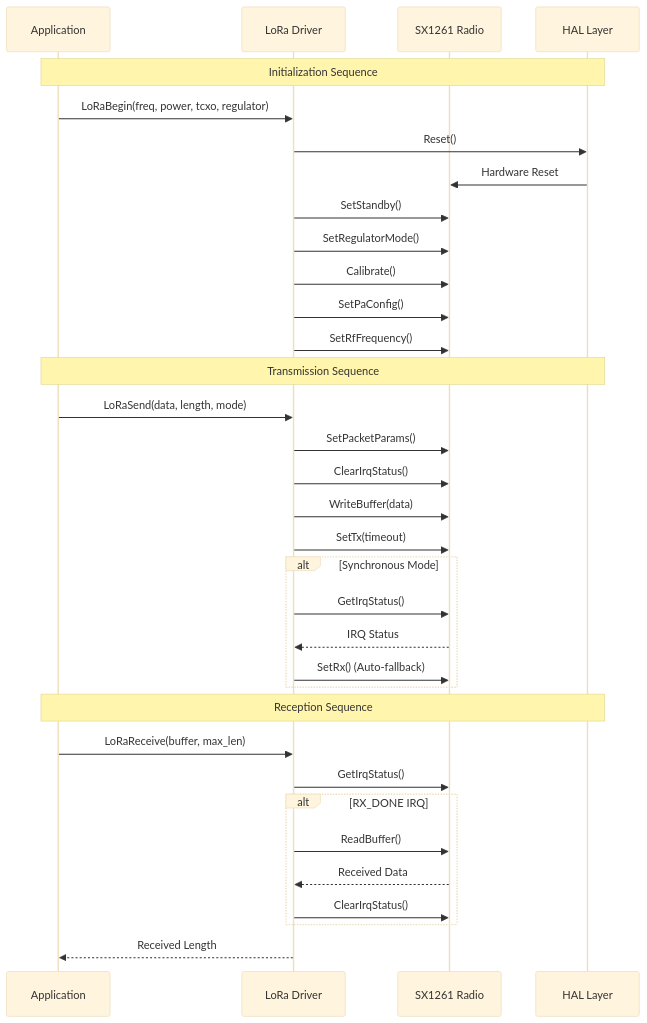
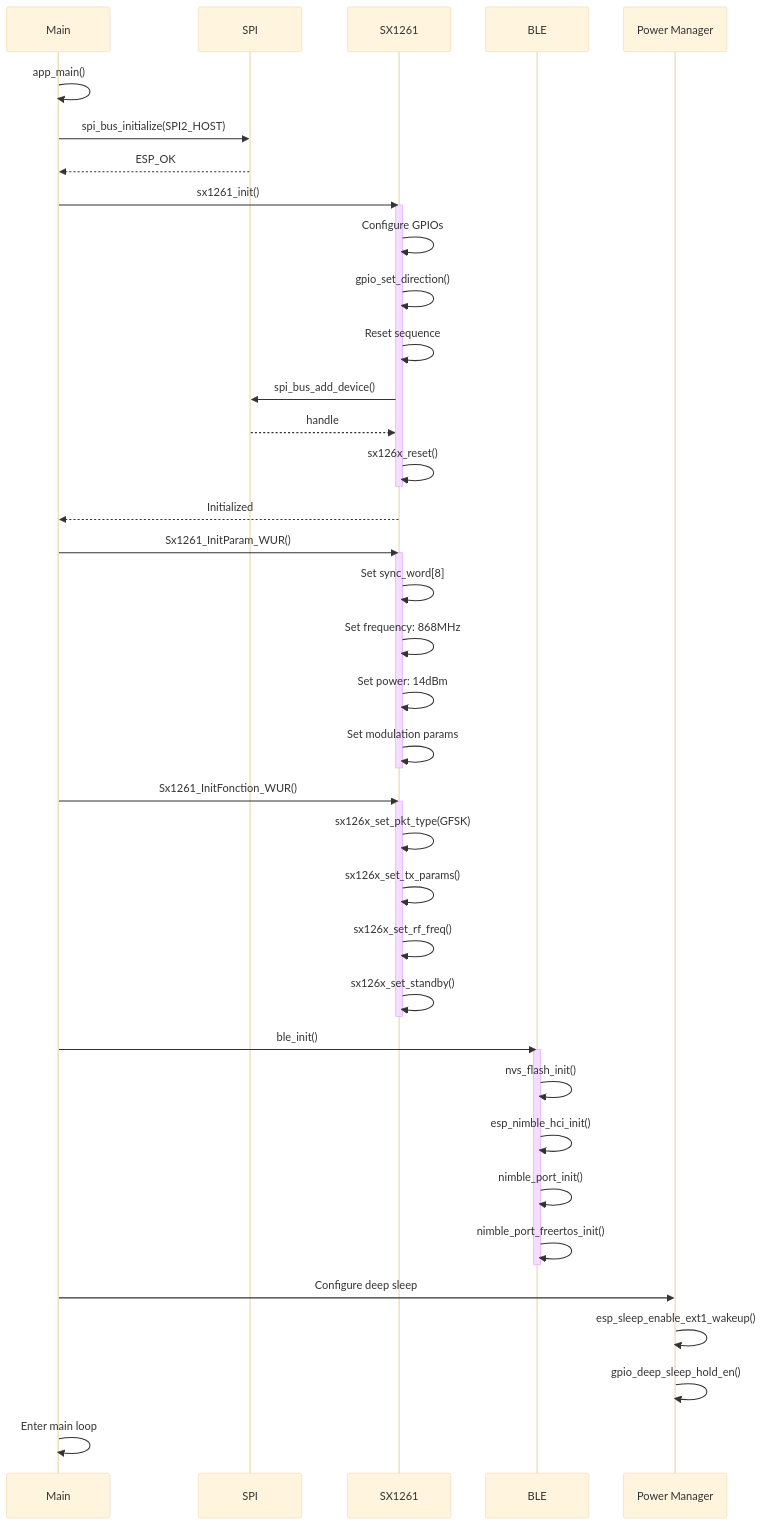
One commit to kalboussik/project changed the fourth of 12 diagrams in README.md. Above: the diagram before and after it, drawn with Mermaid (base theme). The commit also changed other lines of this file and 9 other files, not shown here.

````diff
--- a/README.md
+++ b/README.md
@@ -390,40 +197,53 @@
 ```mermaid
 sequenceDiagram
-    participant App as Application
-    participant Driver as LoRa Driver
-    participant Radio as SX1261 Radio
-    participant HAL as HAL Layer
+    participant Main
+    participant SPI
+    participant SX1261
+    participant BLE
+    participant PM as Power Manager
     
-    Note over App,HAL: Initialization Sequence
-    App->>Driver: LoRaBegin(freq, power, tcxo, regulator)
-    Driver->>HAL: Reset()
-    HAL->>Radio: Hardware Reset
-    Driver->>Radio: SetStandby()
-    Driver->>Radio: SetRegulatorMode()
-    Driver->>Radio: Calibrate()
-    Driver->>Radio: SetPaConfig()
-    Driver->>Radio: SetRfFrequency()
+    Main->>Main: app_main()
+    Main->>SPI: spi_bus_initialize(SPI2_HOST)
+    SPI-->>Main: ESP_OK
     
-    Note over App,HAL: Transmission Sequence
-    App->>Driver: LoRaSend(data, length, mode)
-    Driver->>Radio: SetPacketParams()
-    Driver->>Radio: ClearIrqStatus()
-    Driver->>Radio: WriteBuffer(data)
-    Driver->>Radio: SetTx(timeout)
+    Main->>SX1261: sx1261_init()
+    activate SX1261
+    SX1261->>SX1261: Configure GPIOs
+    SX1261->>SX1261: gpio_set_direction()
+    SX1261->>SX1261: Reset sequence
+    SX1261->>SPI: spi_bus_add_device()
+    SPI-->>SX1261: handle
+    SX1261->>SX1261: sx126x_reset()
+    deactivate SX1261
+    SX1261-->>Main: Initialized
     
-    alt Synchronous Mode
-        Driver->>Radio: GetIrqStatus()
-        Radio-->>Driver: IRQ Status
-        Driver->>Radio: SetRx() (Auto-fallback)
-    end
+    Main->>SX1261: Sx1261_InitParam_WUR()
+    activate SX1261
+    SX1261->>SX1261: Set sync_word[8]
+    SX1261->>SX1261: Set frequency: 868MHz
+    SX1261->>SX1261: Set power: 14dBm
+    SX1261->>SX1261: Set modulation params
+    deactivate SX1261
     
-    Note over App,HAL: Reception Sequence
-    App->>Driver: LoRaReceive(buffer, max_len)
-    Driver->>Radio: GetIrqStatus()
-    alt RX_DONE IRQ
-        Driver->>Radio: ReadBuffer()
-        Radio-->>Driver: Received Data
-        Driver->>Radio: ClearIrqStatus()
-    end
-    Driver-->>App: Received Length
+    Main->>SX1261: Sx1261_InitFonction_WUR()
+    activate SX1261
+    SX1261->>SX1261: sx126x_set_pkt_type(GFSK)
+    SX1261->>SX1261: sx126x_set_tx_params()
+    SX1261->>SX1261: sx126x_set_rf_freq()
+    SX1261->>SX1261: sx126x_set_standby()
+    deactivate SX1261
+    
+    Main->>BLE: ble_init()
+    activate BLE
+    BLE->>BLE: nvs_flash_init()
+    BLE->>BLE: esp_nimble_hci_init()
+    BLE->>BLE: nimble_port_init()
+    BLE->>BLE: nimble_port_freertos_init()
+    deactivate BLE
+    
+    Main->>PM: Configure deep sleep
+    PM->>PM: esp_sleep_enable_ext1_wakeup()
+    PM->>PM: gpio_deep_sleep_hold_en()
+    
+    Main->>Main: Enter main loop
 ```
````
